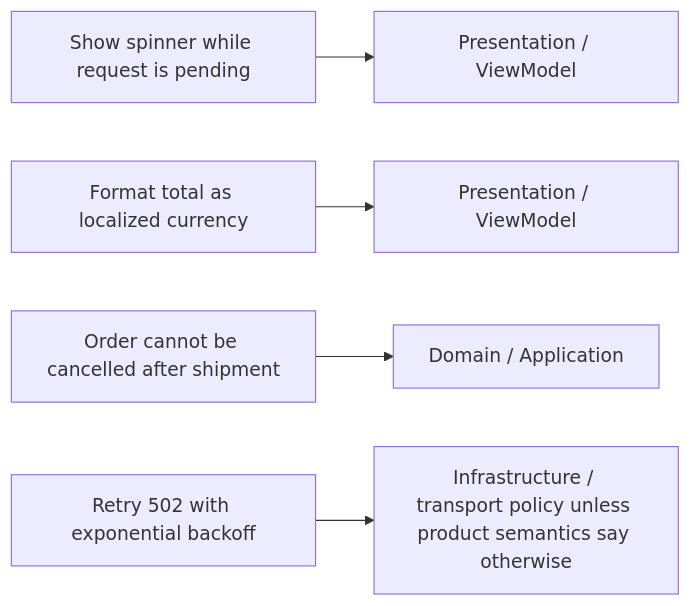
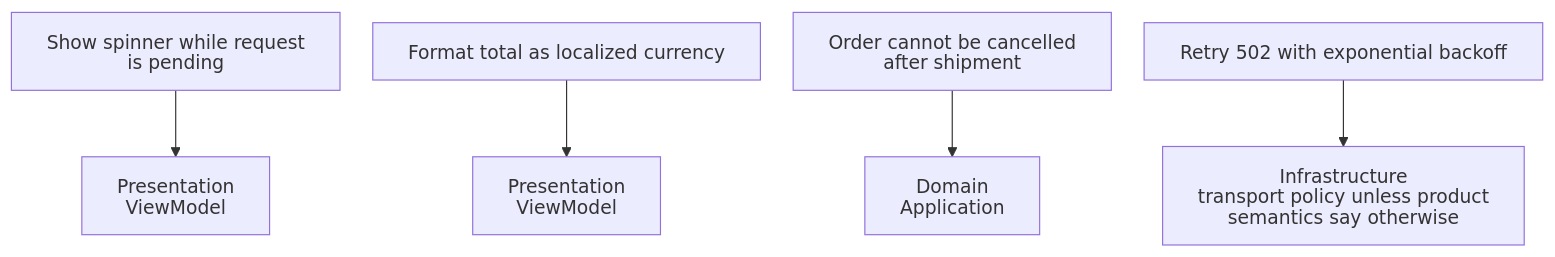
One commit to AndresTaoFlorez/software-architecture changed the second of 3 diagrams in architecture/patterns/presentation/model-view-viewmodel/3-mvvm-on-the-frontend.md. Above: the diagram before and after it, drawn with Mermaid. The commit also changed other lines of this file and 79 other files, not shown here.

````diff
--- a/architecture/patterns/presentation/model-view-viewmodel/3-mvvm-on-the-frontend.md
+++ b/architecture/patterns/presentation/model-view-viewmodel/3-mvvm-on-the-frontend.md
@@ -89,7 +106,8 @@
 ```mermaid
-flowchart LR
-    A["Show spinner while request is pending"] --> P1["Presentation / ViewModel"]
-    B["Format total as localized currency"] --> P2["Presentation / ViewModel"]
-    C["Order cannot be cancelled after shipment"] --> D["Domain / Application"]
-    E["Retry 502 with exponential backoff"] --> I["Infrastructure / transport policy unless product semantics say otherwise"]
+%%{init: {"htmlLabels": false, "flowchart": {"htmlLabels": false, "nodeSpacing": 28, "rankSpacing": 48, "diagramPadding": 20, "wrappingWidth": 280}, "sequence": {"wrap": true, "diagramMarginX": 20, "diagramMarginY": 20}}}%%
+flowchart TB
+    A["Show spinner while request<br/>is pending"] --> P1["Presentation<br/>ViewModel"]
+    B["Format total as localized currency"] --> P2["Presentation<br/>ViewModel"]
+    C["Order cannot be cancelled<br/>after shipment"] --> D["Domain<br/>Application"]
+    E["Retry 502 with exponential backoff"] --> I["Infrastructure<br/>transport policy unless product semantics say otherwise"]
 ```
````
